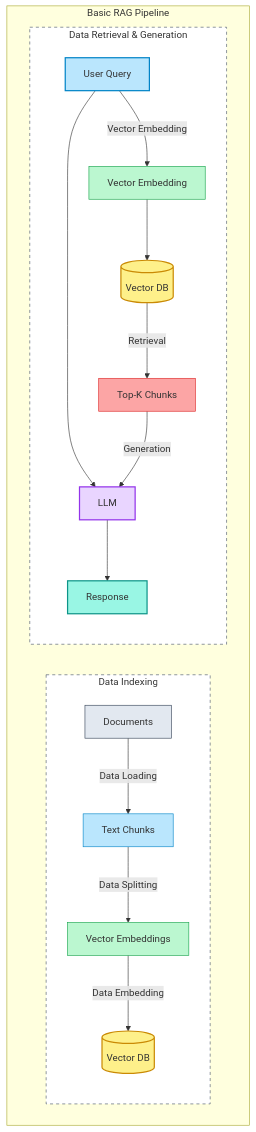
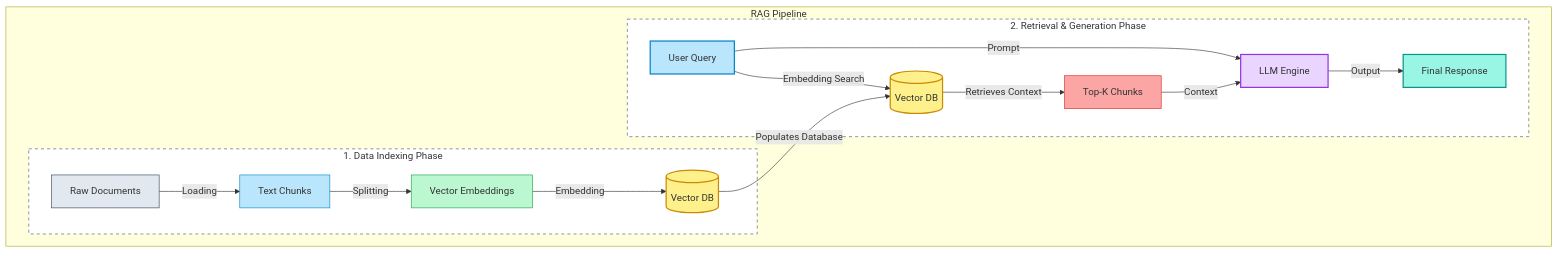
Before and after one commit to arshadhs/arshadhs.github.io: the second of 2 diagrams in content/docs/ai/035-genai/rag.md, drawn with Mermaid. The commit also changed other lines of this file, not shown here.

```diff
--- a/content/docs/ai/035-genai/rag.md
+++ b/content/docs/ai/035-genai/rag.md
@@ -117,42 +117,42 @@
 {{< mermaid >}}
-graph TD
-    %% Basic RAG Pipeline Diagram
-    subgraph "Basic RAG Pipeline"
+graph TB
+    %% Vertical RAG Pipeline Diagram
+    subgraph "RAG Pipeline"
         
-        %% Data Indexing Subgraph
-        subgraph Data_Indexing ["Data Indexing"]
-            DI1[Documents] -->|Data Loading| DI2[Text Chunks]
-            DI2 -->|Data Splitting| DI3[Vector Embeddings]
-            DI3 -->|Data Embedding| DI4[(Vector DB)]
-            
-            style DI1 fill:#E2E8F0,stroke:#334155,stroke-width:1px
-            style DI2 fill:#BAE6FD,stroke:#0284C7,stroke-width:1px
-            style DI3 fill:#BBF7D0,stroke:#16A34A,stroke-width:1px
-            style DI4 fill:#FEF08A,stroke:#CA8A04,stroke-width:2px
+        %% 1. Data Indexing Phase (Top)
+        subgraph Data_Indexing ["1. Data Indexing Phase"]
+            DI1[Raw Documents] -->|Loading| DI2[Text Chunks]
+            DI2 -->|Splitting| DI3[Vector Embeddings]
+            DI3 -->|Embedding| DI4[(Vector DB)]
         end
 
-        %% Data Retrieval & Generation Subgraph
-        subgraph Data_Retrieval_Generation ["Data Retrieval & Generation"]
-            %% Retrieval Flow
-            DR1[User Query] -->|Vector Embedding| DR2[Vector Embedding]
-            DR2 --> DR3[(Vector DB)]
-            DR3 -->|Retrieval| DR4[Top-K Chunks]
+        %% Invisible connector to force vertical stacking
+        DI4 -->|Populates Database| DR3
+
+        %% 2. Retrieval & Generation Phase (Bottom)
+        subgraph Data_Retrieval_Generation ["2. Retrieval & Generation Phase"]
+            DR1[User Query] -->|Embedding Search| DR3[(Vector DB)]
+            DR3 -->|Retrieves Context| DR4[Top-K Chunks]
             
-            %% Generation Flow
-            DR1 --> DR5[LLM]
-            DR4 -->|Generation| DR5
-            DR5 --> DR6[Response]
-
-            style DR1 fill:#BAE6FD,stroke:#0284C7,stroke-width:2px
-            style DR2 fill:#BBF7D0,stroke:#16A34A,stroke-width:1px
-            style DR3 fill:#FEF08A,stroke:#CA8A04,stroke-width:2px
-            style DR4 fill:#FCA5A5,stroke:#DC2626,stroke-width:1px
-            style DR5 fill:#E9D5FF,stroke:#9333EA,stroke-width:2px
-            style DR6 fill:#99F6E4,stroke:#0D9488,stroke-width:2px
+            DR1 -->|Prompt| DR5[LLM Engine]
+            DR4 -->|Context| DR5
+            DR5 -->|Output| DR6[Final Response]
         end
     end
 
-    %% Styles for Subgraphs
-    style Data_Indexing fill:#FFFFFF,stroke:#475569,stroke-width:1px,stroke-dasharray: 5 5
-    style Data_Retrieval_Generation fill:#FFFFFF,stroke:#475569,stroke-width:1px,stroke-dasharray: 5 5
+    %% Visual Styling
+    style Data_Indexing fill:#ffffff,stroke:#475569,stroke-width:1px,stroke-dasharray: 5 5
+    style Data_Retrieval_Generation fill:#ffffff,stroke:#475569,stroke-width:1px,stroke-dasharray: 5 5
+    
+    style DI1 fill:#E2E8F0,stroke:#334155,stroke-width:1px
+    style DI2 fill:#BAE6FD,stroke:#0284C7,stroke-width:1px
+    style DI3 fill:#BBF7D0,stroke:#16A34A,stroke-width:1px
+    style DI4 fill:#FEF08A,stroke:#CA8A04,stroke-width:2px
+    
+    style DR1 fill:#BAE6FD,stroke:#0284C7,stroke-width:2px
+    style DR3 fill:#FEF08A,stroke:#CA8A04,stroke-width:2px
+    style DR4 fill:#FCA5A5,stroke:#DC2626,stroke-width:1px
+    style DR5 fill:#E9D5FF,stroke:#9333EA,stroke-width:2px
+    style DR6 fill:#99F6E4,stroke:#0D9488,stroke-width:2px
+
 {{< /mermaid >}}
```
